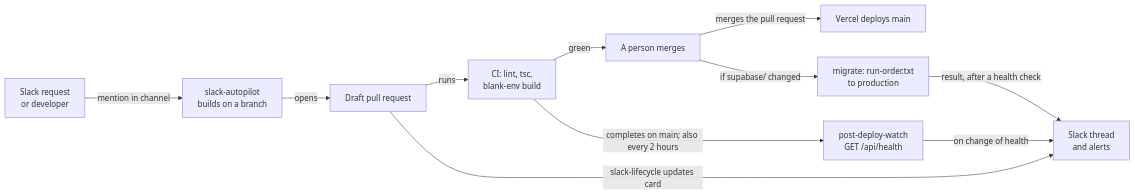
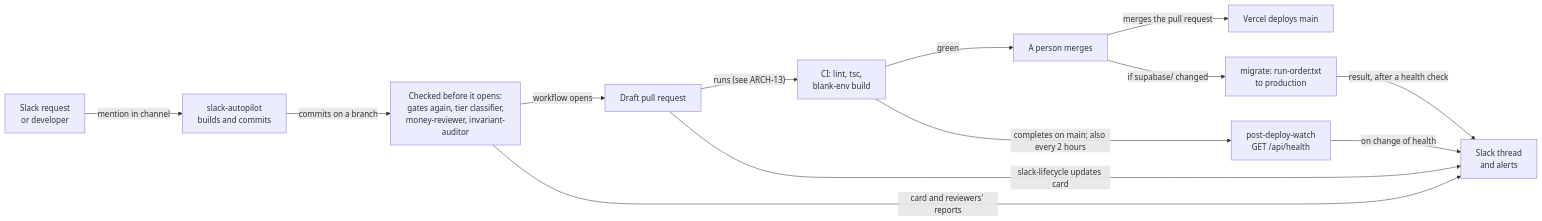
Before and after one commit to raviteja0012/robinsons-store: the sixth of 6 diagrams in docs/ARCHITECTURE.md, drawn with Mermaid. The commit also changed other lines of this file and 11 other files, not shown here.

First line of the commit message:
Review Slack-built changes before the pull request opens

````diff
--- a/docs/ARCHITECTURE.md
+++ b/docs/ARCHITECTURE.md
@@ -369,22 +369,25 @@
 ```mermaid
 flowchart LR
   REQ["Slack request<br/>or developer"]
-  AP["slack-autopilot<br/>builds on a branch"]
+  AP["slack-autopilot<br/>builds and commits"]
+  CHK["Checked before it opens:<br/>gates again, tier classifier,<br/>money-reviewer, invariant-auditor"]
   PR["Draft pull request"]
   CI["CI: lint, tsc,<br/>blank-env build"]
   HUM["A person merges"]
   VD["Vercel deploys main"]
   MIG["migrate: run-order.txt<br/>to production"]
   WD["post-deploy-watch<br/>GET /api/health"]
   SLK["Slack thread<br/>and alerts"]
   REQ -- "mention in channel" --> AP
-  AP -- "opens" --> PR
-  PR -- "runs" --> CI
+  AP -- "commits on a branch" --> CHK
+  CHK -- "workflow opens" --> PR
+  CHK -- "card and reviewers' reports" --> SLK
+  PR -- "runs (see ARCH-13)" --> CI
   CI -- "green" --> HUM
   HUM -- "merges the pull request" --> VD
   HUM -- "if supabase/ changed" --> MIG
   CI -- "completes on main; also every 2 hours" --> WD
   MIG -- "result, after a health check" --> SLK
   WD -- "on change of health" --> SLK
   PR -- "slack-lifecycle updates card" --> SLK
 ```
````
